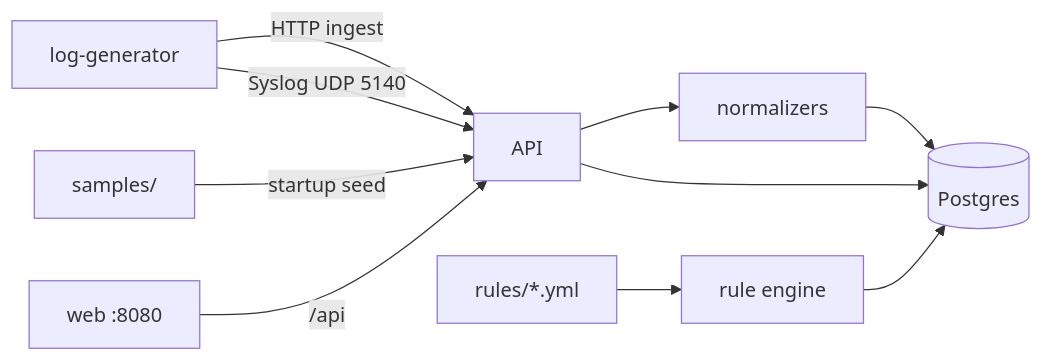
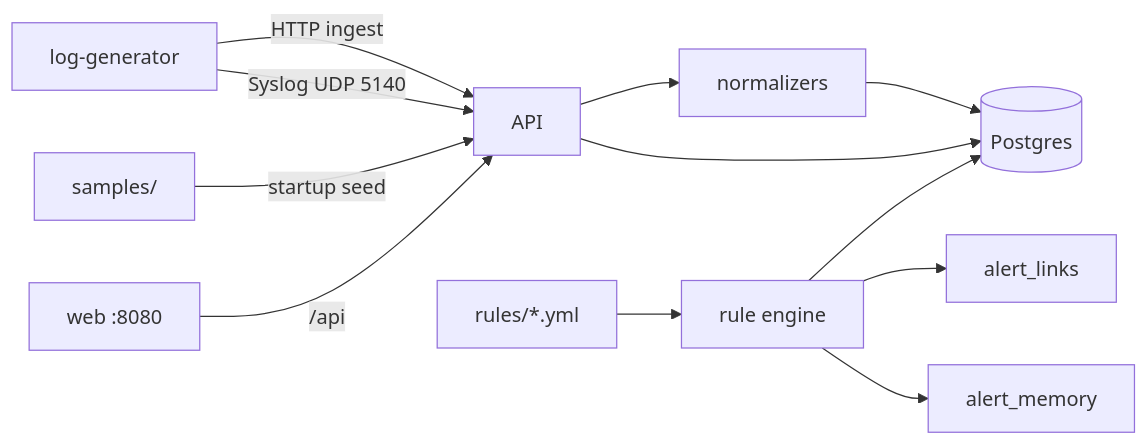
One commit to DarkGreen-projects/darkgreen-siem changed the diagram in docs/architecture.md. Above: the diagram before and after it, drawn with Mermaid. The commit also changed other lines of this file and 61 other files, not shown here.

First line of the commit message:
feat: workbench, alert graph, RAG/copilot e hardening

````diff
--- a/docs/architecture.md
+++ b/docs/architecture.md
@@ -16,12 +18,14 @@
 ```mermaid
 flowchart LR
   Gen[log-generator] -->|HTTP ingest| API
   Gen -->|Syslog UDP 5140| API
   Seed[samples/] -->|startup seed| API
   API --> Norm[normalizers]
   Norm --> PG[(Postgres)]
   Rules[rules/*.yml] --> Engine[rule engine]
   Engine --> PG
+  Engine --> Graph[alert_links]
+  Engine --> Mem[alert_memory]
   UI[web :8080] -->|/api| API
   API --> PG
 ```
````
